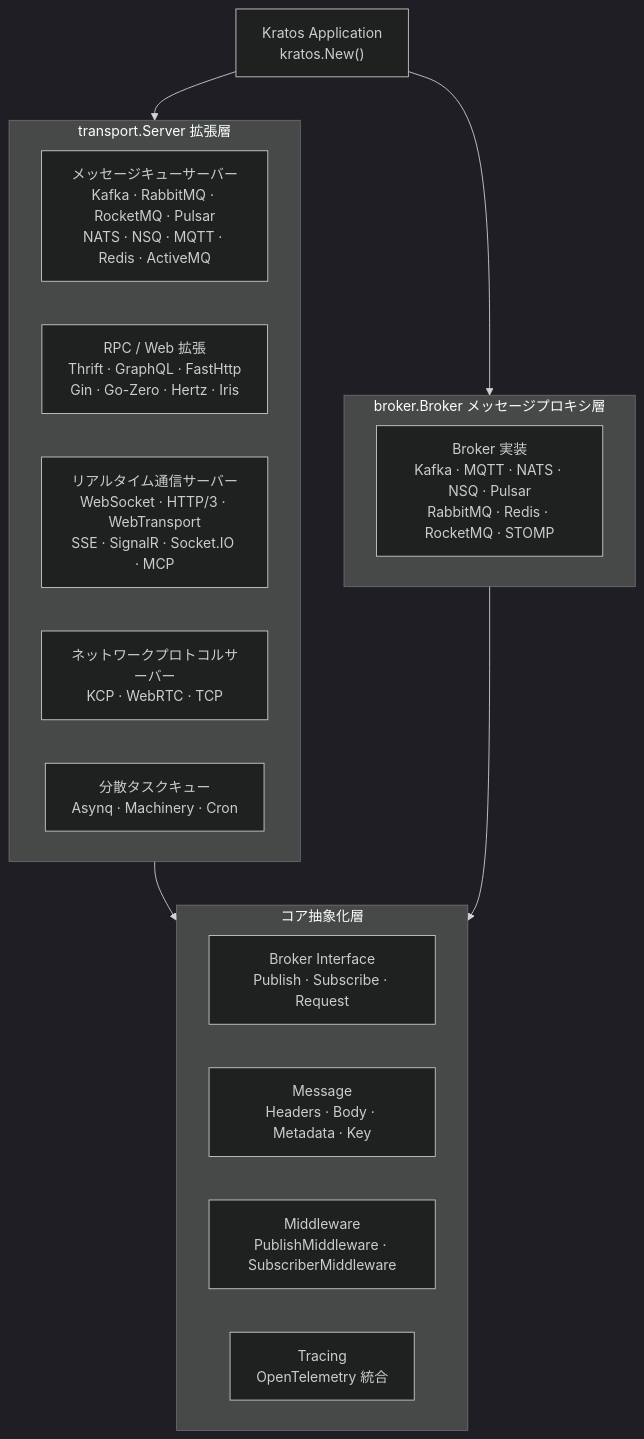
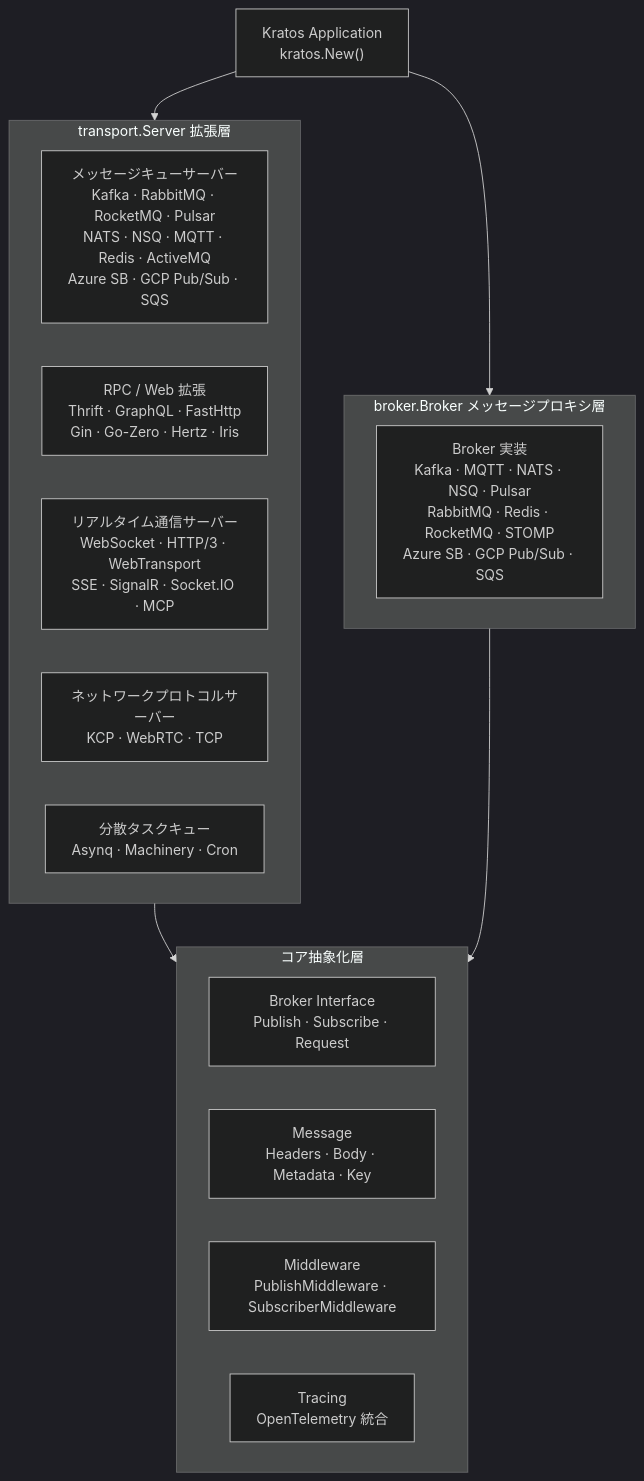
One commit to exuan/kratos-transport changed the diagram in README_ja.md. Above: the diagram before and after it, drawn with Mermaid (dark theme). The commit also changed other lines of this file and 2 other files, not shown here.

````diff
--- a/README_ja.md
+++ b/README_ja.md
@@ -40,25 +41,25 @@
 ```mermaid
 graph TB
     App["Kratos Application<br/>kratos.New()"]
     subgraph Transport["transport.Server 拡張層"]
-        MQ["メッセージキューサーバー<br/>Kafka · RabbitMQ · RocketMQ · Pulsar<br/>NATS · NSQ · MQTT · Redis · ActiveMQ"]
+        MQ["メッセージキューサーバー<br/>Kafka · RabbitMQ · RocketMQ · Pulsar<br/>NATS · NSQ · MQTT · Redis · ActiveMQ<br/>Azure SB · GCP Pub/Sub · SQS"]
         RPC["RPC / Web 拡張<br/>Thrift · GraphQL · FastHttp<br/>Gin · Go-Zero · Hertz · Iris"]
         RT["リアルタイム通信サーバー<br/>WebSocket · HTTP/3 · WebTransport<br/>SSE · SignalR · Socket.IO · MCP"]
         NET["ネットワークプロトコルサーバー<br/>KCP · WebRTC · TCP"]
         TASK["分散タスクキュー<br/>Asynq · Machinery · Cron"]
     end
     subgraph Broker["broker.Broker メッセージプロキシ層"]
-        BK["Broker 実装<br/>Kafka · MQTT · NATS · NSQ · Pulsar<br/>RabbitMQ · Redis · RocketMQ · STOMP"]
+        BK["Broker 実装<br/>Kafka · MQTT · NATS · NSQ · Pulsar<br/>RabbitMQ · Redis · RocketMQ · STOMP<br/>Azure SB · GCP Pub/Sub · SQS"]
     end
     subgraph Core["コア抽象化層"]
         BI["Broker Interface<br/>Publish · Subscribe · Request"]
         MSG["Message<br/>Headers · Body · Metadata · Key"]
         MID["Middleware<br/>PublishMiddleware · SubscriberMiddleware"]
         TRACE["Tracing<br/>OpenTelemetry 統合"]
     end
 
     App --> Transport
     App --> Broker
     Transport --> Core
     Broker --> Core
 ```
````
